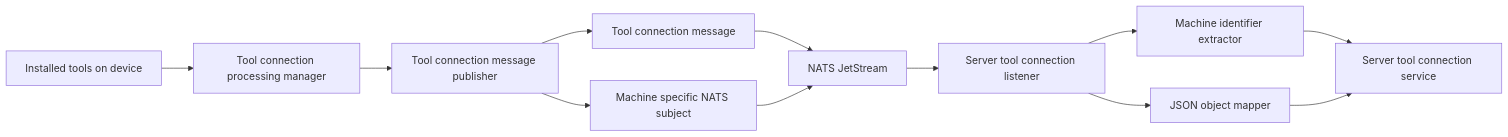
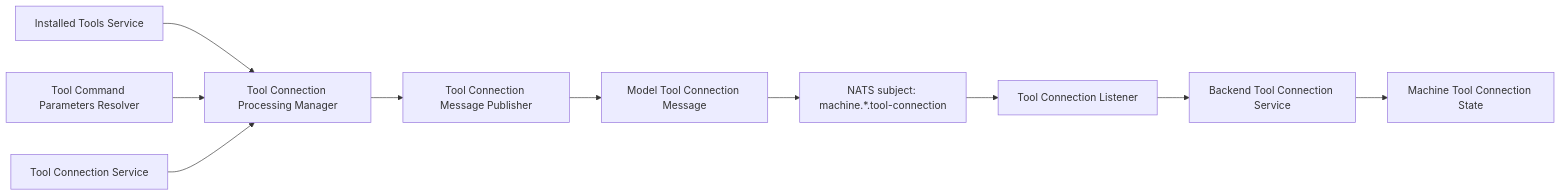
One commit to flamingo-stack/openframe-oss-tenant changed the first of 4 diagrams in docs/reference/architecture/openframe-client-core/model-tool-connection-message/model-tool-connection-message.md. Above: the diagram before and after it, drawn with Mermaid. The commit also changed other lines of this file and 2377 other files, not shown here.

````diff
--- a/docs/reference/architecture/openframe-client-core/model-tool-connection-message/model-tool-connection-message.md
+++ b/docs/reference/architecture/openframe-client-core/model-tool-connection-message/model-tool-connection-message.md
@@ -29,14 +31,12 @@
 ```mermaid
 flowchart LR
-    AgentTools["Installed tools on device"] --> ProcessingManager["Tool connection processing manager"]
-    ProcessingManager --> Publisher["Tool connection message publisher"]
-    Publisher --> Message["Tool connection message"]
-    Publisher --> Subject["Machine specific NATS subject"]
-    Message --> Nats["NATS JetStream"]
-    Subject --> Nats
-    Nats --> Listener["Server tool connection listener"]
-    Listener --> Extractor["Machine identifier extractor"]
-    Listener --> Mapper["JSON object mapper"]
-    Extractor --> Service["Server tool connection service"]
-    Mapper --> Service
+    InstalledTools["Installed Tools Service"] --> ProcessingManager["Tool Connection Processing Manager"]
+    Parameters["Tool Command Parameters Resolver"] --> ProcessingManager
+    LocalConnections["Tool Connection Service"] --> ProcessingManager
+    ProcessingManager --> Publisher["Tool Connection Message Publisher"]
+    Publisher --> Message["Model Tool Connection Message"]
+    Message --> Nats["NATS subject: machine.*.tool-connection"]
+    Nats --> Listener["Tool Connection Listener"]
+    Listener --> BackendService["Backend Tool Connection Service"]
+    BackendService --> PlatformState["Machine Tool Connection State"]
 ```
````
